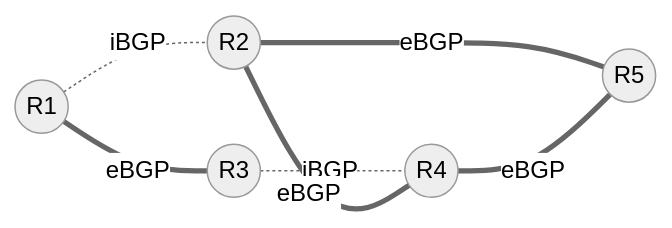
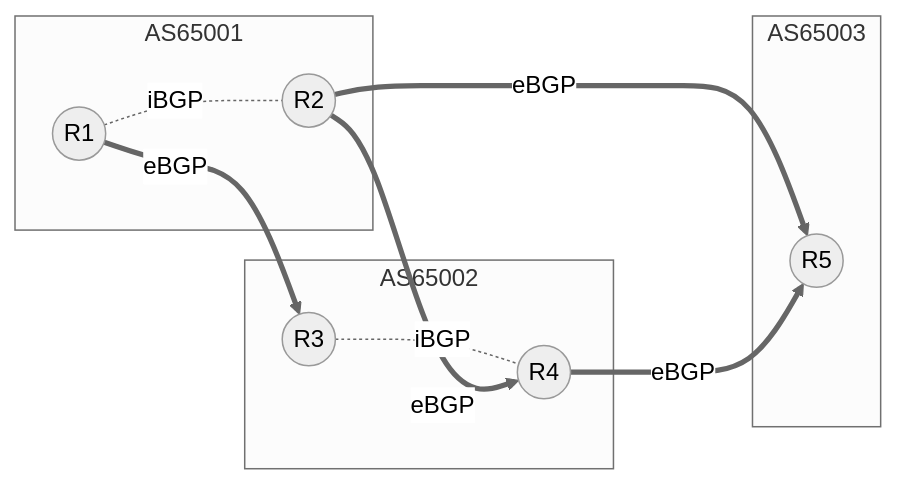
The second of 2 diagrams in README.md (Pglopess/lab-roteamento-frr), drawn with Mermaid (neutral theme) before and after one commit.

Commit message:
README: diagrama logico mais legivel

````diff
--- a/README.md
+++ b/README.md
@@ -77,9 +77,20 @@
 ```mermaid
 graph LR
-  R1((R1)) -.-|iBGP| R2((R2))
-  R3((R3)) -.-|iBGP| R4((R4))
-  R1 ===|eBGP| R3
-  R2 ===|eBGP| R4
-  R2 ===|eBGP| R5((R5))
-  R4 ===|eBGP| R5
+  subgraph AS65001
+    R1((R1))
+    R2((R2))
+  end
+  subgraph AS65002
+    R3((R3))
+    R4((R4))
+  end
+  subgraph AS65003
+    R5((R5))
+  end
+  R1 -. iBGP .- R2
+  R3 -. iBGP .- R4
+  R1 == eBGP ==> R3
+  R2 == eBGP ==> R4
+  R2 == eBGP ==> R5
+  R4 == eBGP ==> R5
 ```
````
